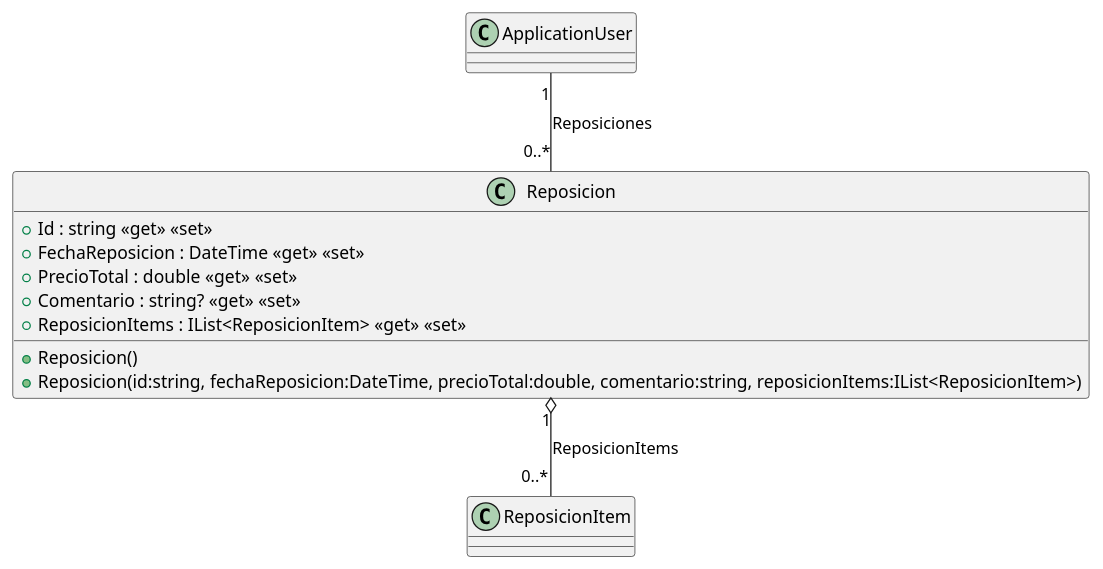
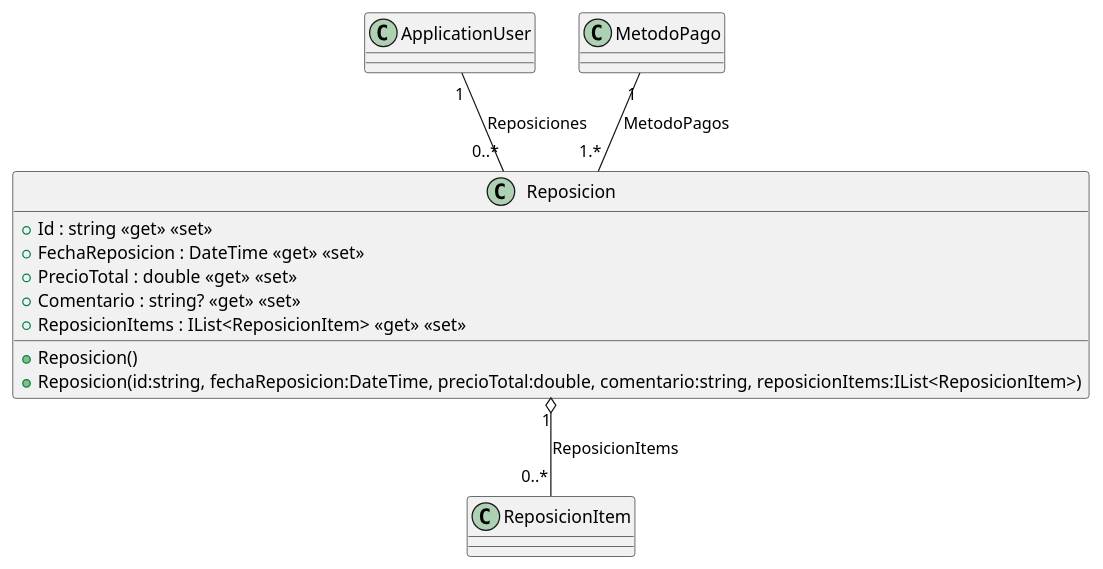
One commit to ISII2627LosElnes/ISII2627LosElnes changed the diagram in src/AppForSEII.API/ClassDiagram/Reposicion.puml. Above: the diagram before and after it, drawn with PlantUML. The commit also changed 1 other file, not shown here.

Commit message:
Adición de la relación de método de pago y reposición al puml

```diff
--- a/src/AppForSEII.API/ClassDiagram/Reposicion.puml
+++ b/src/AppForSEII.API/ClassDiagram/Reposicion.puml
@@ -1,13 +1,14 @@
 @startuml
 class Reposicion {
     + Reposicion()
     + Reposicion(id:string, fechaReposicion:DateTime, precioTotal:double, comentario:string, reposicionItems:IList<ReposicionItem>)
     + Id : string <<get>> <<set>>
     + FechaReposicion : DateTime <<get>> <<set>>
     + PrecioTotal : double <<get>> <<set>>
     + Comentario : string? <<get>> <<set>>
     + ReposicionItems : IList<ReposicionItem> <<get>> <<set>>
 }
 Reposicion "1" o-- "0..*" ReposicionItem : ReposicionItems
 ApplicationUser "1" -- "0..*" Reposicion : Reposiciones
+MetodoPago "1" -- "1.*" Reposicion : MetodoPagos
 @enduml
```
